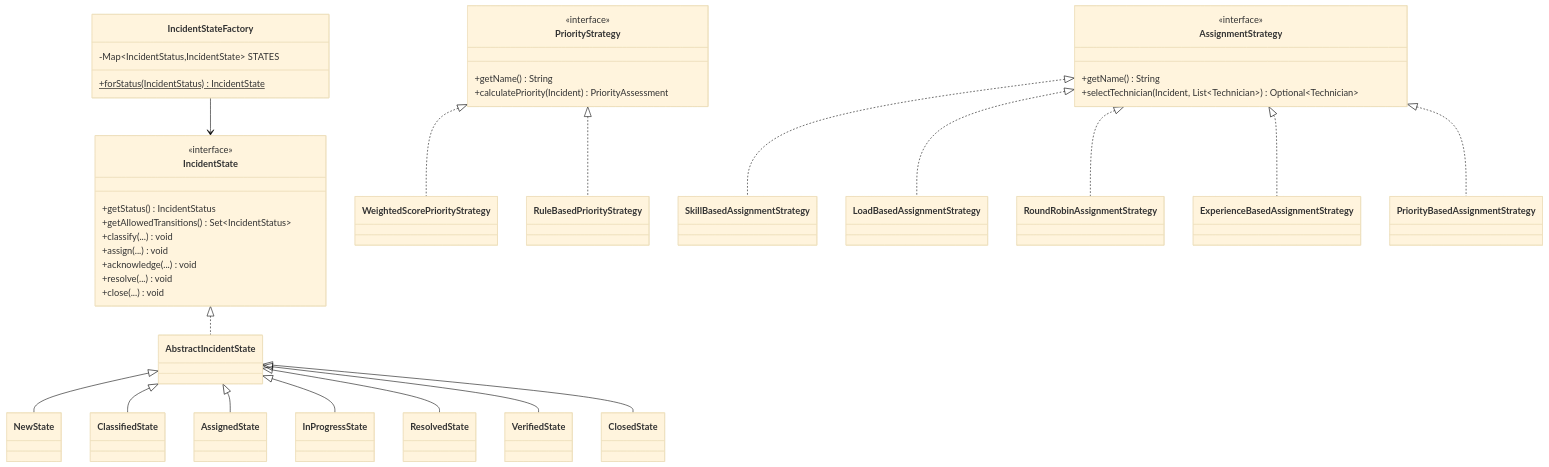
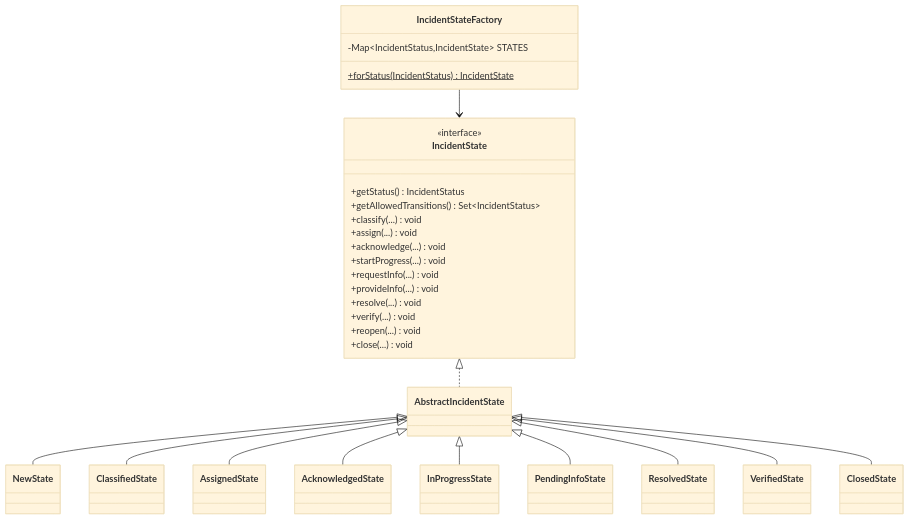
Before and after one commit to WimpyWeb/iitsm-oop: the third of 5 diagrams in docs/UML.md, drawn with Mermaid (base theme). The commit also changed other lines of this file and 23 other files, not shown here.

````diff
--- a/docs/UML.md
+++ b/docs/UML.md
@@ -106,45 +106,35 @@
 ```mermaid
 classDiagram
     class IncidentState {
         <<interface>>
         +getStatus() IncidentStatus
         +getAllowedTransitions() Set~IncidentStatus~
         +classify(...) void
         +assign(...) void
         +acknowledge(...) void
+        +startProgress(...) void
+        +requestInfo(...) void
+        +provideInfo(...) void
         +resolve(...) void
+        +verify(...) void
+        +reopen(...) void
         +close(...) void
     }
     class AbstractIncidentState
     class IncidentStateFactory {
         -Map~IncidentStatus,IncidentState~ STATES
         +forStatus(IncidentStatus)$ IncidentState
     }
-    class PriorityStrategy {
-        <<interface>>
-        +getName() String
-        +calculatePriority(Incident) PriorityAssessment
-    }
-    class AssignmentStrategy {
-        <<interface>>
-        +getName() String
-        +selectTechnician(Incident, List~Technician~) Optional~Technician~
-    }
 
     IncidentState <|.. AbstractIncidentState
     AbstractIncidentState <|-- NewState
     AbstractIncidentState <|-- ClassifiedState
     AbstractIncidentState <|-- AssignedState
+    AbstractIncidentState <|-- AcknowledgedState
     AbstractIncidentState <|-- InProgressState
+    AbstractIncidentState <|-- PendingInfoState
     AbstractIncidentState <|-- ResolvedState
     AbstractIncidentState <|-- VerifiedState
     AbstractIncidentState <|-- ClosedState
     IncidentStateFactory --> IncidentState
-    PriorityStrategy <|.. WeightedScorePriorityStrategy
-    PriorityStrategy <|.. RuleBasedPriorityStrategy
-    AssignmentStrategy <|.. SkillBasedAssignmentStrategy
-    AssignmentStrategy <|.. LoadBasedAssignmentStrategy
-    AssignmentStrategy <|.. RoundRobinAssignmentStrategy
-    AssignmentStrategy <|.. ExperienceBasedAssignmentStrategy
-    AssignmentStrategy <|.. PriorityBasedAssignmentStrategy
 ```
````
